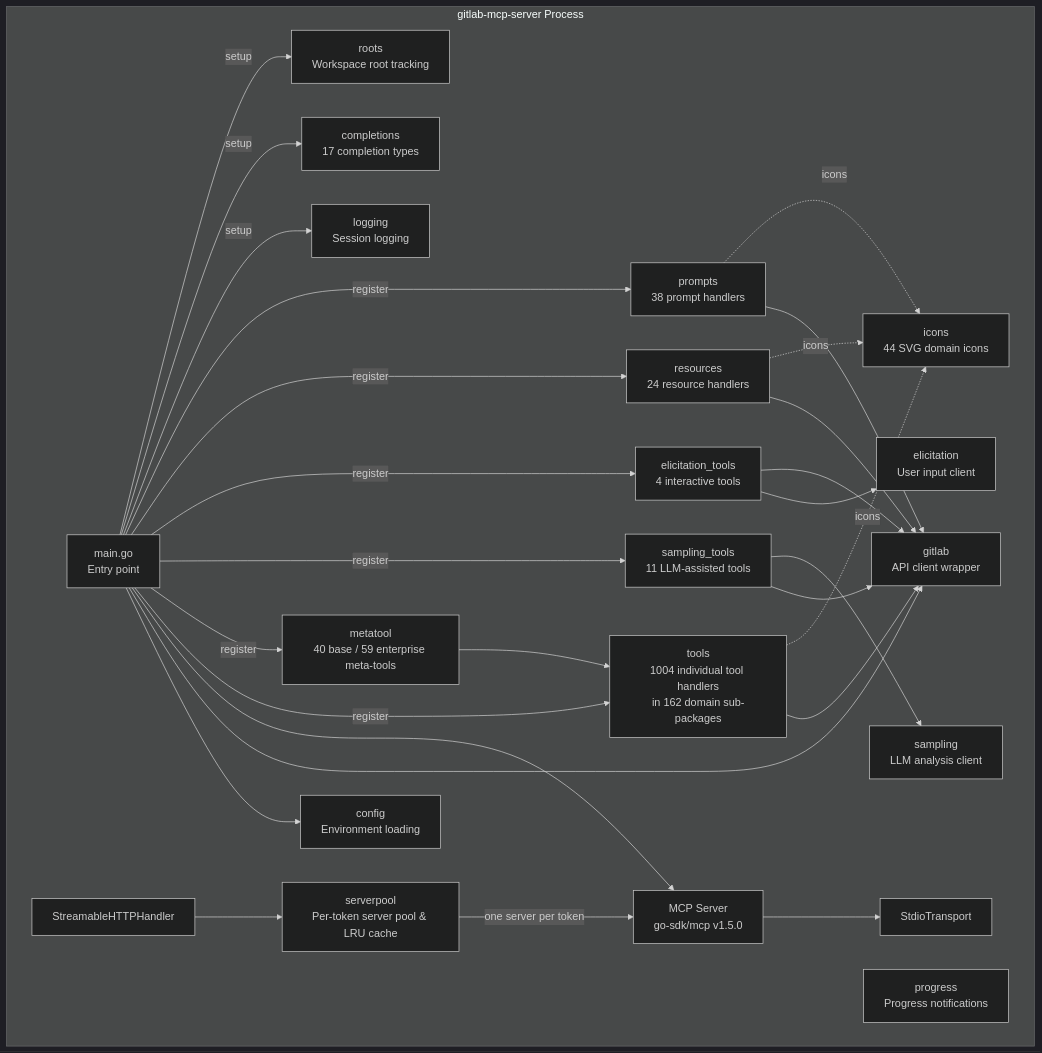
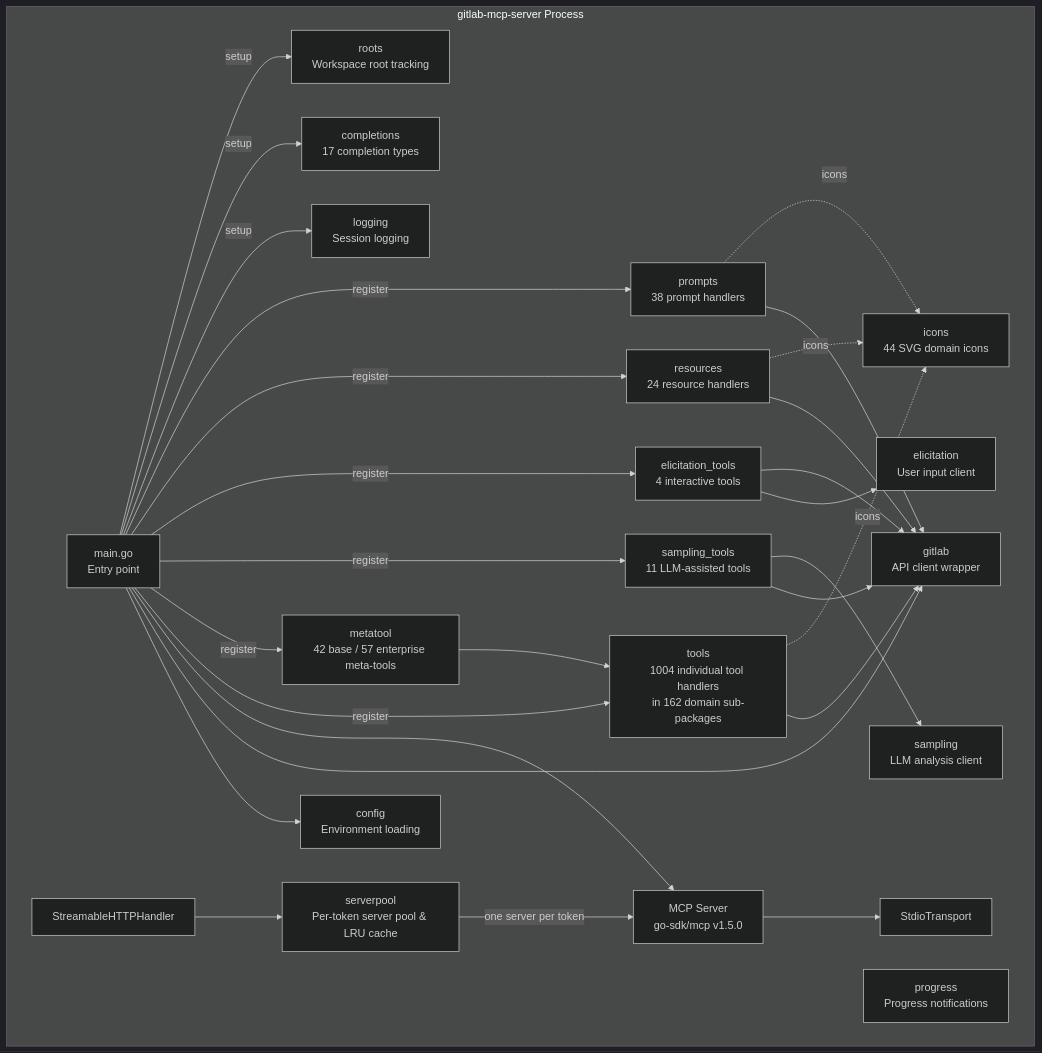
Before and after one commit to jmrplens/gitlab-mcp-server: the third of 9 diagrams in docs/architecture.md, drawn with Mermaid (dark theme). The commit also changed other lines of this file and 35 other files, not shown here.

First line of the commit message:
docs: update meta-tool counts to 42 base / 57 enterprise after runner controller consolidation

````diff
--- a/docs/architecture.md
+++ b/docs/architecture.md
@@ -62,52 +62,52 @@
 ```mermaid
 graph TD
     subgraph "gitlab-mcp-server Process"
         MAIN[main.go<br/>Entry point]
         CFG[config<br/>Environment loading]
         GL[gitlab<br/>API client wrapper]
         TOOLS[tools<br/>1004 individual tool handlers<br/>in 162 domain sub-packages]
-        META[metatool<br/>40 base / 59 enterprise meta-tools]
+        META[metatool<br/>42 base / 57 enterprise meta-tools]
         SAMP[sampling_tools<br/>11 LLM-assisted tools]
         ELIC[elicitation_tools<br/>4 interactive tools]
         RES[resources<br/>24 resource handlers]
         PROMPTS[prompts<br/>38 prompt handlers]
         LOG[logging<br/>Session logging]
         COMP[completions<br/>17 completion types]
         ROOTS[roots<br/>Workspace root tracking]
         PROG[progress<br/>Progress notifications]
         SAMPLING[sampling<br/>LLM analysis client]
         ELICIT[elicitation<br/>User input client]
         ICN[icons<br/>44 SVG domain icons]
         SRV[MCP Server<br/>go-sdk/mcp v1.5.0]
         STDIO[StdioTransport]
         HTTP[StreamableHTTPHandler]
         POOL[serverpool<br/>Per-token server pool & LRU cache]
     end
 
     MAIN --> CFG
     MAIN --> GL
     MAIN --> SRV
     SRV --> STDIO
     HTTP --> POOL
     POOL -->|one server per token| SRV
     TOOLS --> GL
     META --> TOOLS
     SAMP --> GL
     SAMP --> SAMPLING
     ELIC --> ELICIT
     ELIC --> GL
     RES --> GL
     PROMPTS --> GL
     MAIN -->|register| TOOLS
     MAIN -->|register| META
     MAIN -->|register| SAMP
     MAIN -->|register| ELIC
     MAIN -->|register| RES
     MAIN -->|register| PROMPTS
     TOOLS -.->|icons| ICN
     RES -.->|icons| ICN
     PROMPTS -.->|icons| ICN
     MAIN -->|setup| LOG
     MAIN -->|setup| COMP
     MAIN -->|setup| ROOTS
 ```
````
